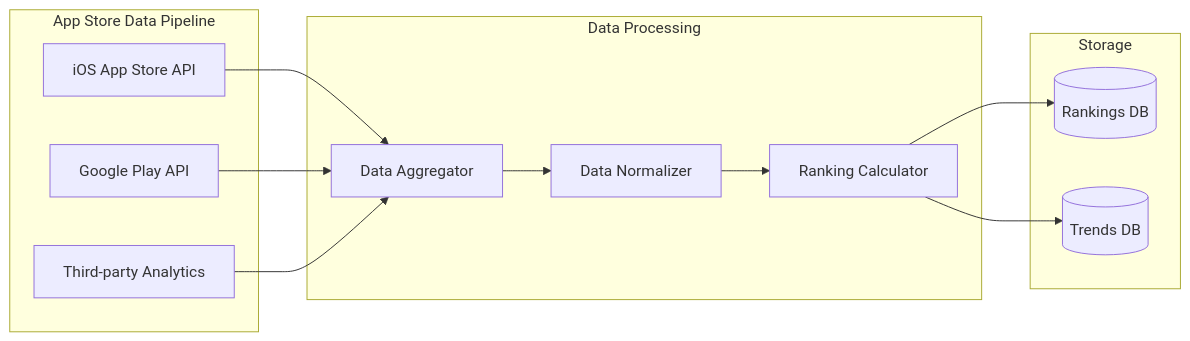
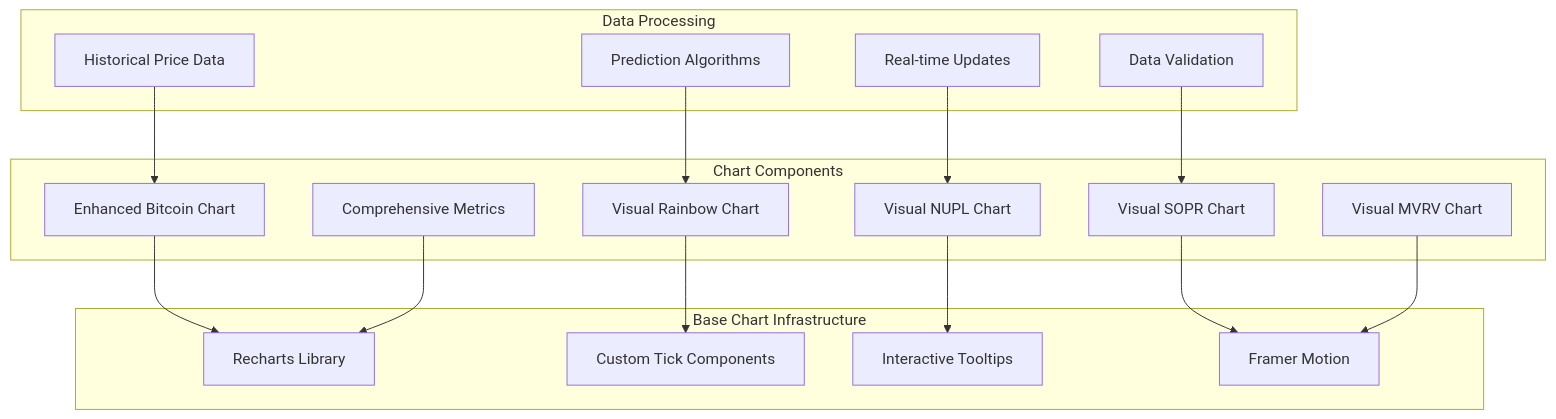
Before and after one commit to oxnr/picotop: the fifth of 14 diagrams in ARCHITECTURE.md, drawn with Mermaid. The commit also changed other lines of this file and 12 other files, not shown here.

````diff
--- a/ARCHITECTURE.md
+++ b/ARCHITECTURE.md
@@ -131,29 +153,37 @@
 ```mermaid
-graph LR
-    subgraph "App Store Data Pipeline"
-        iOS[iOS App Store API]
-        Android[Google Play API]
-        ThirdParty[Third-party Analytics]
+graph TB
+    subgraph "Chart Components"
+        EnhancedBitcoin[Enhanced Bitcoin Chart]
+        Rainbow[Visual Rainbow Chart]
+        NUPL[Visual NUPL Chart]
+        SOPR[Visual SOPR Chart]
+        MVRV[Visual MVRV Chart]
+        Comprehensive[Comprehensive Metrics]
+    end
+    
+    subgraph "Base Chart Infrastructure"
+        Recharts[Recharts Library]
+        CustomTicks[Custom Tick Components]
+        Tooltips[Interactive Tooltips]
+        Animations[Framer Motion]
     end
     
     subgraph "Data Processing"
-        Aggregator[Data Aggregator]
-        Normalizer[Data Normalizer]
-        Ranker[Ranking Calculator]
+        HistoricalData[Historical Price Data]
+        PredictionData[Prediction Algorithms]
+        RealTimeUpdates[Real-time Updates]
+        DataValidation[Data Validation]
     end
     
-    subgraph "Storage"
-        Rankings[(Rankings DB)]
-        Trends[(Trends DB)]
-    end
+    EnhancedBitcoin --> Recharts
+    Rainbow --> CustomTicks
+    NUPL --> Tooltips
+    SOPR --> Animations
+    MVRV --> Animations
+    Comprehensive --> Recharts
     
-    iOS --> Aggregator
-    Android --> Aggregator
-    ThirdParty --> Aggregator
-    
-    Aggregator --> Normalizer
-    Normalizer --> Ranker
-    
-    Ranker --> Rankings
-    Ranker --> Trends
+    HistoricalData --> EnhancedBitcoin
+    PredictionData --> Rainbow
+    RealTimeUpdates --> NUPL
+    DataValidation --> SOPR
 ```
````
